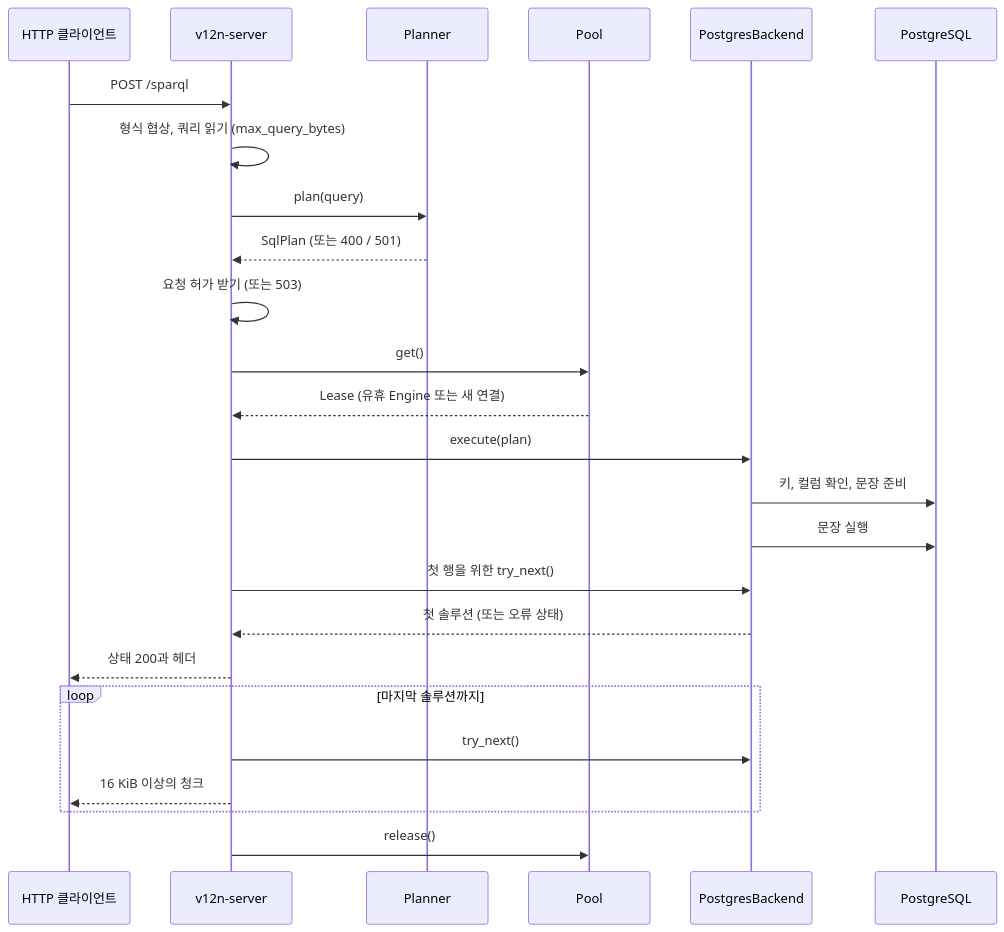
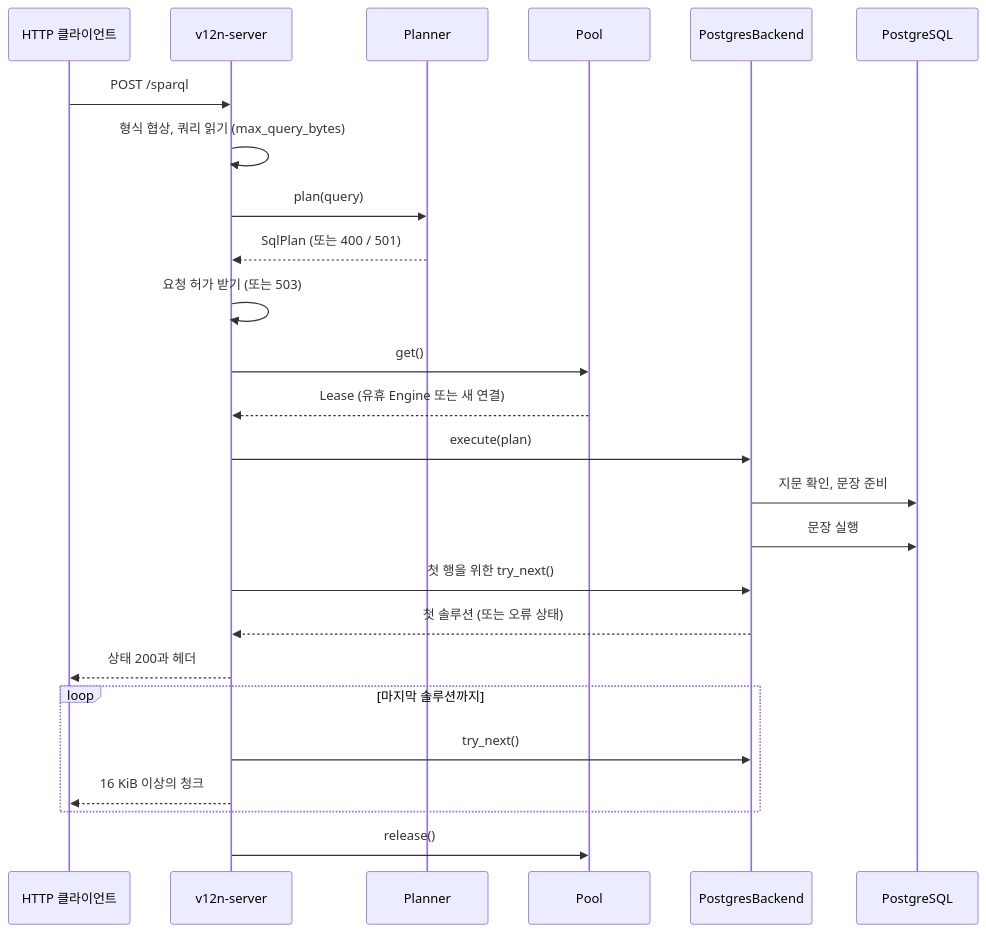
Before and after one commit to CharmingGroot/sparql-v12n: the fifth of 5 diagrams in docs/architecture.ko.md, drawn with Mermaid. The commit also changed other lines of this file and 26 other files, not shown here.

````diff
--- a/docs/architecture.ko.md
+++ b/docs/architecture.ko.md
@@ -166,27 +171,27 @@
 ```mermaid
 sequenceDiagram
     participant C as HTTP 클라이언트
     participant S as v12n-server
     participant P as Planner
     participant L as Pool
     participant B as PostgresBackend
     participant D as PostgreSQL
     C->>S: POST /sparql
     S->>S: 형식 협상, 쿼리 읽기 (max_query_bytes)
     S->>P: plan(query)
     P-->>S: SqlPlan (또는 400 / 501)
     S->>S: 요청 허가 받기 (또는 503)
     S->>L: get()
     L-->>S: Lease (유휴 Engine 또는 새 연결)
     S->>B: execute(plan)
-    B->>D: 키, 컬럼 확인, 문장 준비
+    B->>D: 지문 확인, 문장 준비
     B->>D: 문장 실행
     S->>B: 첫 행을 위한 try_next()
     B-->>S: 첫 솔루션 (또는 오류 상태)
     S-->>C: 상태 200과 헤더
     loop 마지막 솔루션까지
         S->>B: try_next()
         S-->>C: 16 KiB 이상의 청크
     end
     S->>L: release()
 ```
````
